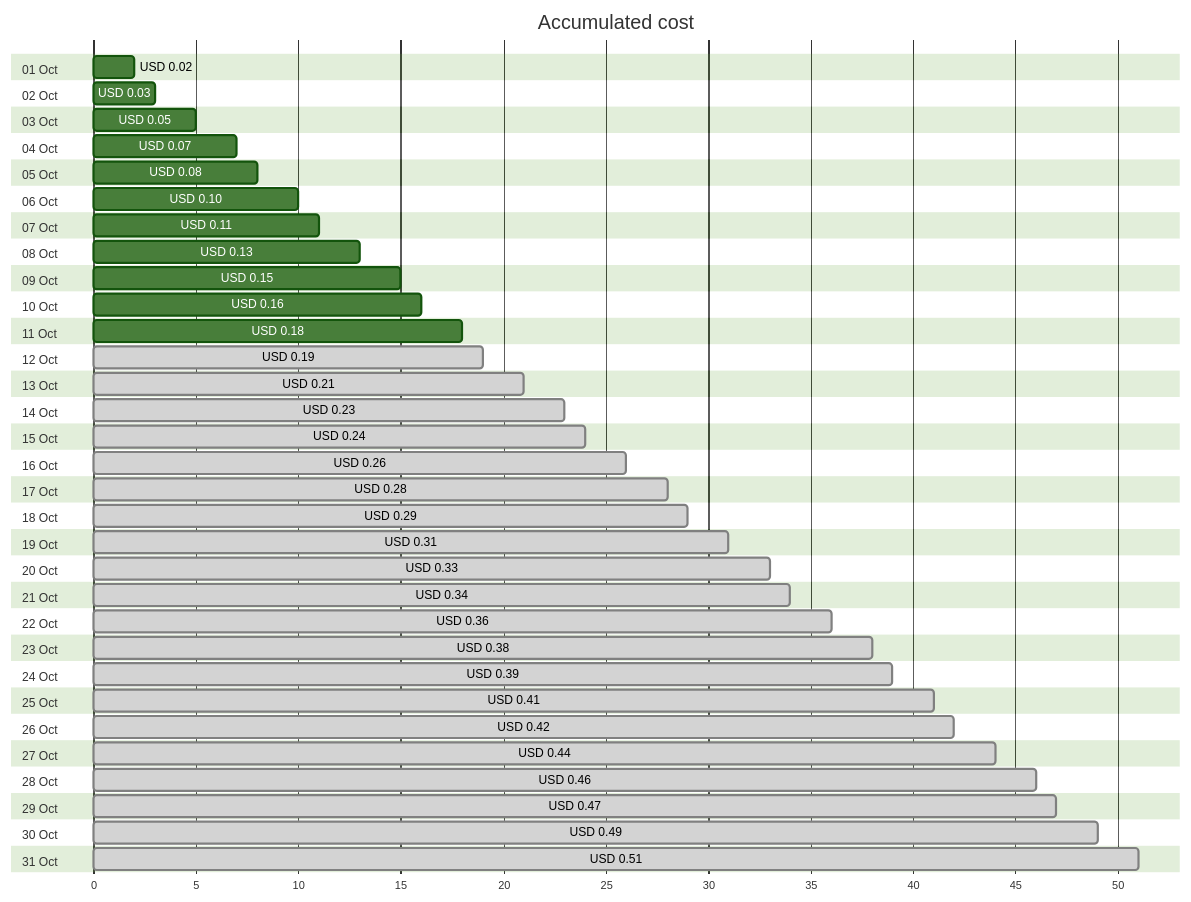
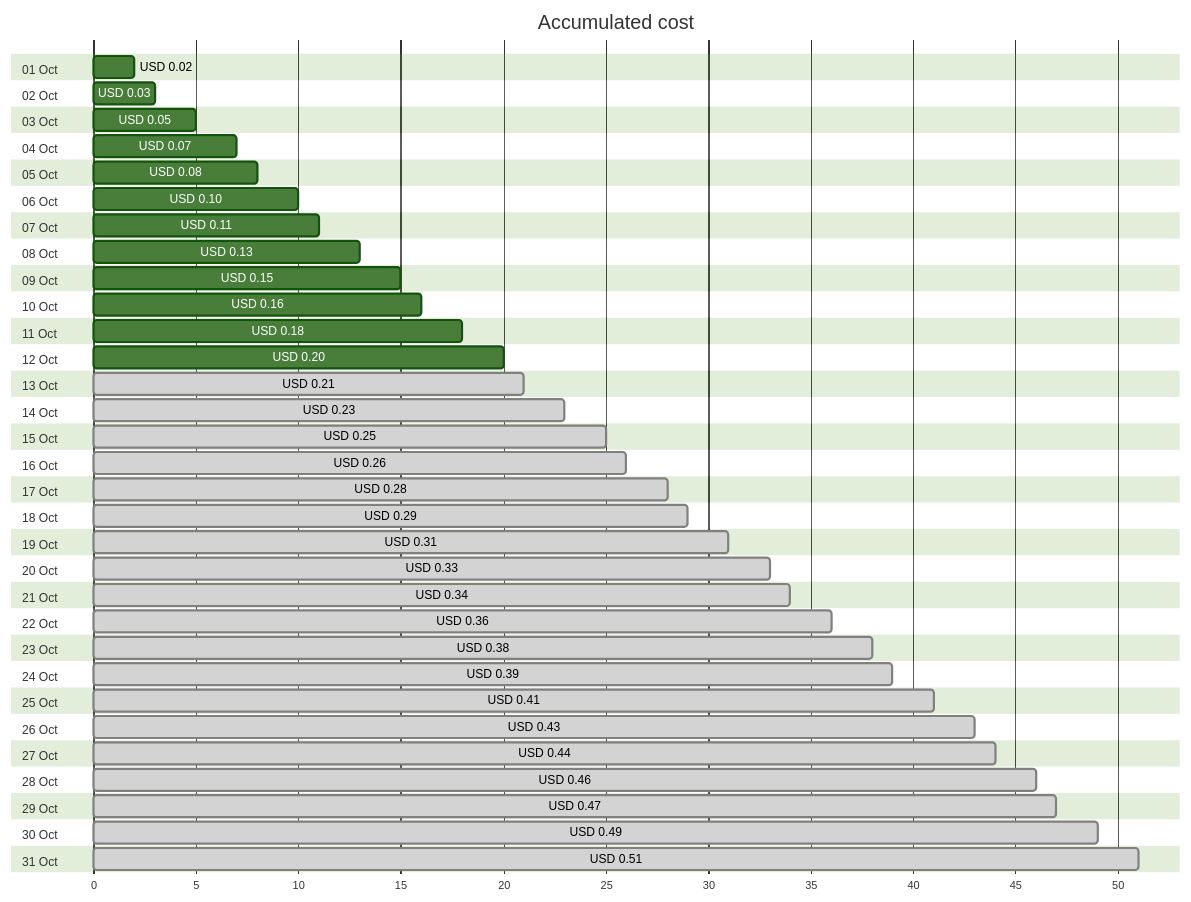
One commit to jpfulton/azure-personal-reports changed the first of 4 diagrams in cost-reports/personal-dns/jpatrickfulton.com.md. Above: the diagram before and after it, drawn with Mermaid (forest theme). The commit also changed other lines of this file and 2 other files, not shown here.

````diff
--- a/cost-reports/personal-dns/jpatrickfulton.com.md
+++ b/cost-reports/personal-dns/jpatrickfulton.com.md
@@ -20,68 +20,68 @@
 ```mermaid
 gantt
    title Accumulated cost
    dateFormat  X
    axisFormat %s
    section 01 Oct
    USD 0.02 :0, 2
    section 02 Oct
    USD 0.03 :0, 3
    section 03 Oct
    USD 0.05 :0, 5
    section 04 Oct
    USD 0.07 :0, 7
    section 05 Oct
    USD 0.08 :0, 8
    section 06 Oct
    USD 0.10 :0, 10
    section 07 Oct
    USD 0.11 :0, 11
    section 08 Oct
    USD 0.13 :0, 13
    section 09 Oct
    USD 0.15 :0, 15
    section 10 Oct
    USD 0.16 :0, 16
    section 11 Oct
    USD 0.18 :0, 18
    section 12 Oct
-   USD 0.19 : done, 0, 19
+   USD 0.20 :0, 20
    section 13 Oct
    USD 0.21 : done, 0, 21
    section 14 Oct
    USD 0.23 : done, 0, 23
    section 15 Oct
-   USD 0.24 : done, 0, 24
+   USD 0.25 : done, 0, 25
    section 16 Oct
    USD 0.26 : done, 0, 26
    section 17 Oct
    USD 0.28 : done, 0, 28
    section 18 Oct
    USD 0.29 : done, 0, 29
    section 19 Oct
    USD 0.31 : done, 0, 31
    section 20 Oct
    USD 0.33 : done, 0, 33
    section 21 Oct
    USD 0.34 : done, 0, 34
    section 22 Oct
    USD 0.36 : done, 0, 36
    section 23 Oct
    USD 0.38 : done, 0, 38
    section 24 Oct
    USD 0.39 : done, 0, 39
    section 25 Oct
    USD 0.41 : done, 0, 41
    section 26 Oct
-   USD 0.42 : done, 0, 42
+   USD 0.43 : done, 0, 43
    section 27 Oct
    USD 0.44 : done, 0, 44
    section 28 Oct
    USD 0.46 : done, 0, 46
    section 29 Oct
    USD 0.47 : done, 0, 47
    section 30 Oct
    USD 0.49 : done, 0, 49
    section 31 Oct
    USD 0.51 : done, 0, 51
 ```
````
